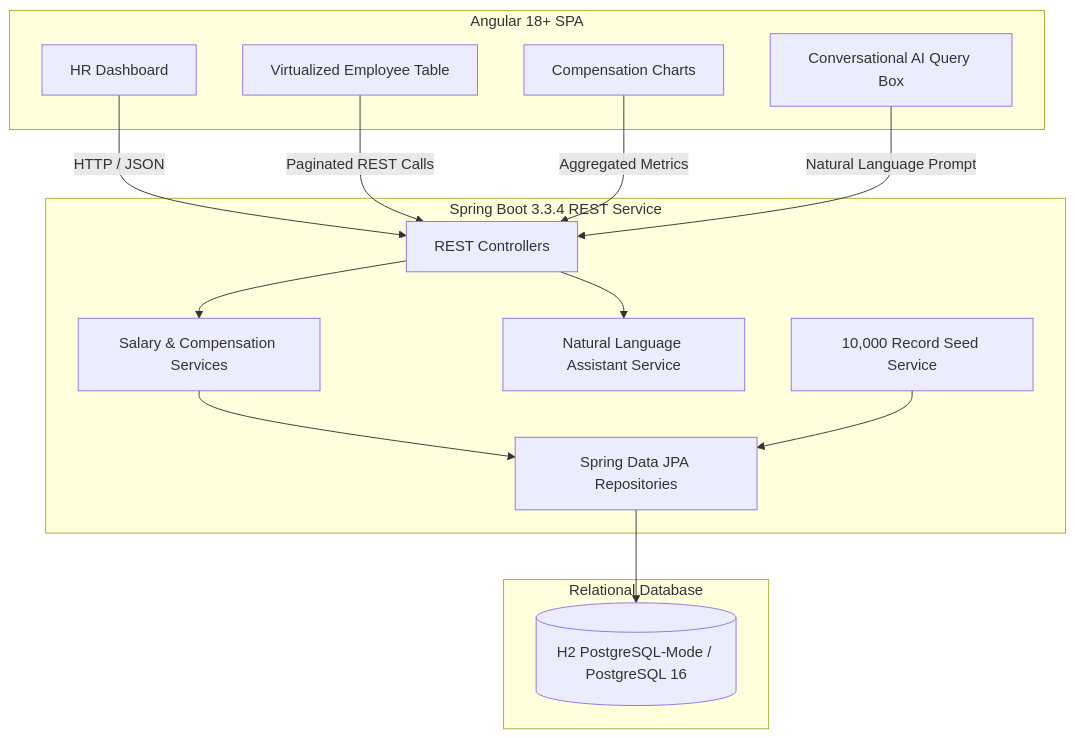
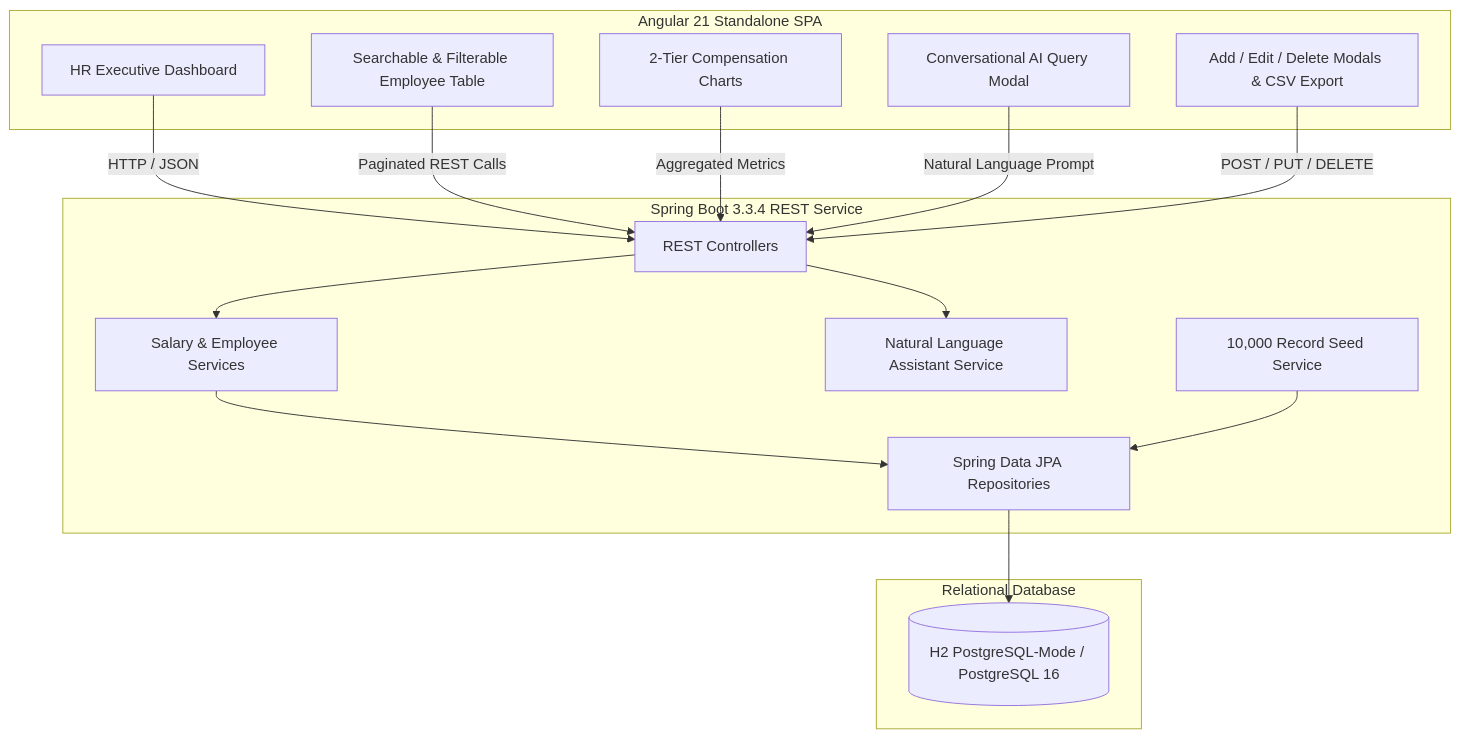
Before and after one commit to AnkithSanga/incubyte-assessment: the diagram in README.md, drawn with Mermaid. The commit also changed other lines of this file, not shown here.

Commit message:
docs: update README with CRUD endpoints, full test counts, and quick start guide

````diff
--- a/README.md
+++ b/README.md
@@ -56,32 +57,34 @@
 ```mermaid
 graph TD
-    subgraph Frontend [Angular 18+ SPA]
-        UI[HR Dashboard]
-        Table[Virtualized Employee Table]
-        Analytics[Compensation Charts]
-        Chat[Conversational AI Query Box]
+    subgraph Frontend [Angular 21 Standalone SPA]
+        UI[HR Executive Dashboard]
+        Table[Searchable & Filterable Employee Table]
+        Analytics[2-Tier Compensation Charts]
+        Chat[Conversational AI Query Modal]
+        CRUD[Add / Edit / Delete Modals & CSV Export]
     end
 
     subgraph Backend [Spring Boot 3.3.4 REST Service]
         API[REST Controllers]
-        Service[Salary & Compensation Services]
+        Service[Salary & Employee Services]
         AIQuery[Natural Language Assistant Service]
         Seeder[10,000 Record Seed Service]
         Repo[Spring Data JPA Repositories]
     end
 
     subgraph Storage [Relational Database]
         DB[(H2 PostgreSQL-Mode / PostgreSQL 16)]
     end
 
     UI -->|HTTP / JSON| API
     Table -->|Paginated REST Calls| API
     Analytics -->|Aggregated Metrics| API
     Chat -->|Natural Language Prompt| API
+    CRUD -->|POST / PUT / DELETE| API
 
     API --> Service
     API --> AIQuery
     Service --> Repo
     Seeder --> Repo
     Repo --> DB
 ```
````
